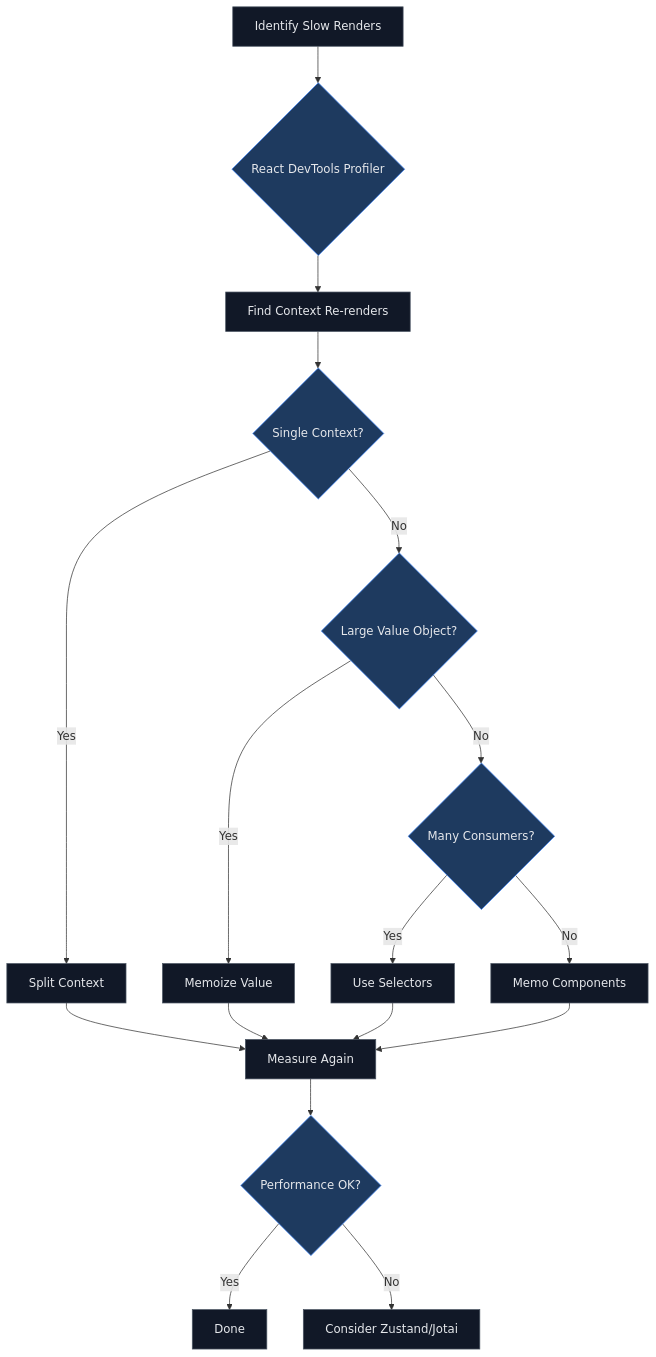
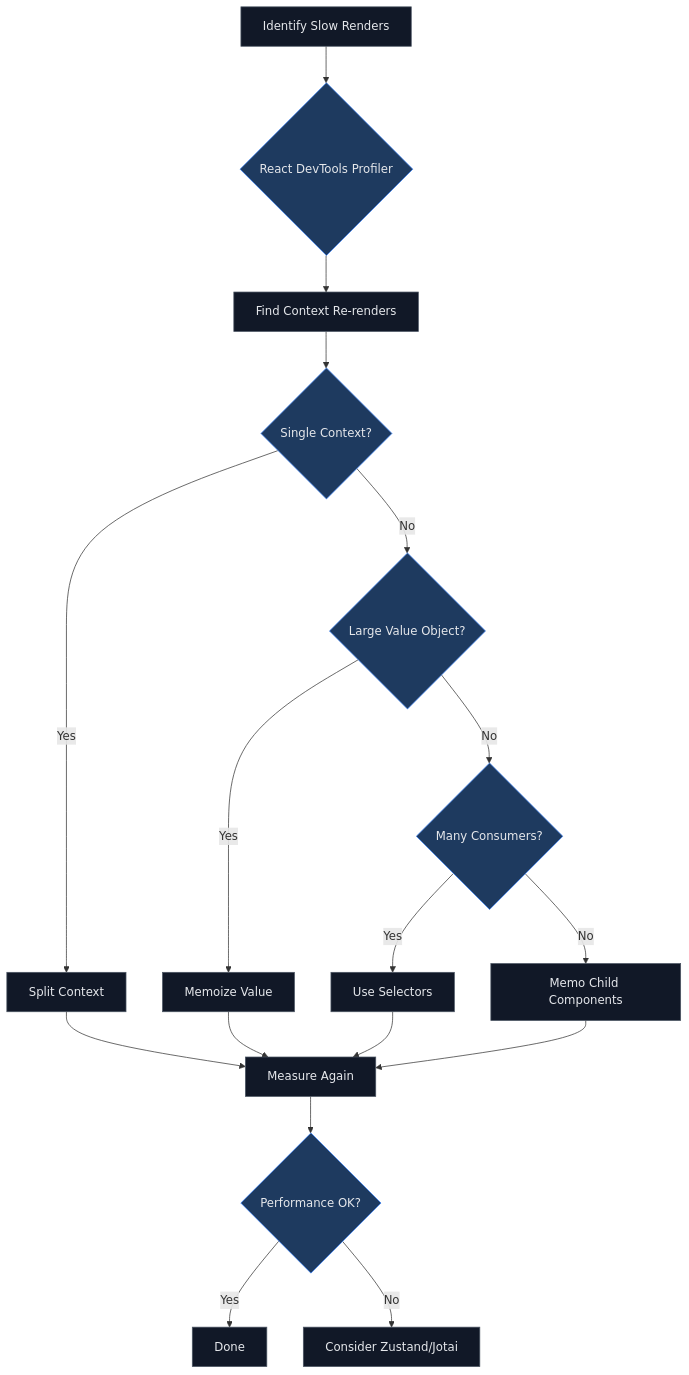
One commit to OneUptime/blog changed the third of 3 diagrams in posts/2026-01-24-react-context-performance-issues/README.md. Above: the diagram before and after it, drawn with Mermaid. The commit also changed other lines of this file and 2 other files, not shown here.

````diff
--- a/posts/2026-01-24-react-context-performance-issues/README.md
+++ b/posts/2026-01-24-react-context-performance-issues/README.md
@@ -425,30 +420,30 @@
 ```mermaid
 flowchart TB
     A[Identify Slow Renders] --> B{React DevTools Profiler}
     B --> C[Find Context Re-renders]
 
     C --> D{Single Context?}
     D -->|Yes| E[Split Context]
     D -->|No| F{Large Value Object?}
 
     F -->|Yes| G[Memoize Value]
     F -->|No| H{Many Consumers?}
 
     H -->|Yes| I[Use Selectors]
-    H -->|No| J[Memo Components]
+    H -->|No| J[Memo Child Components]
 
     E --> K[Measure Again]
     G --> K
     I --> K
     J --> K
 
     K --> L{Performance OK?}
     L -->|Yes| M[Done]
     L -->|No| N[Consider Zustand/Jotai]
 
     classDef node fill:#111827,stroke:#4B5563,color:#E5E7EB
     classDef decision fill:#1E3A5F,stroke:#3B82F6,color:#E5E7EB
 
     class A,C,E,G,I,J,K,M,N node
     class B,D,F,H,L decision
 ```
````
